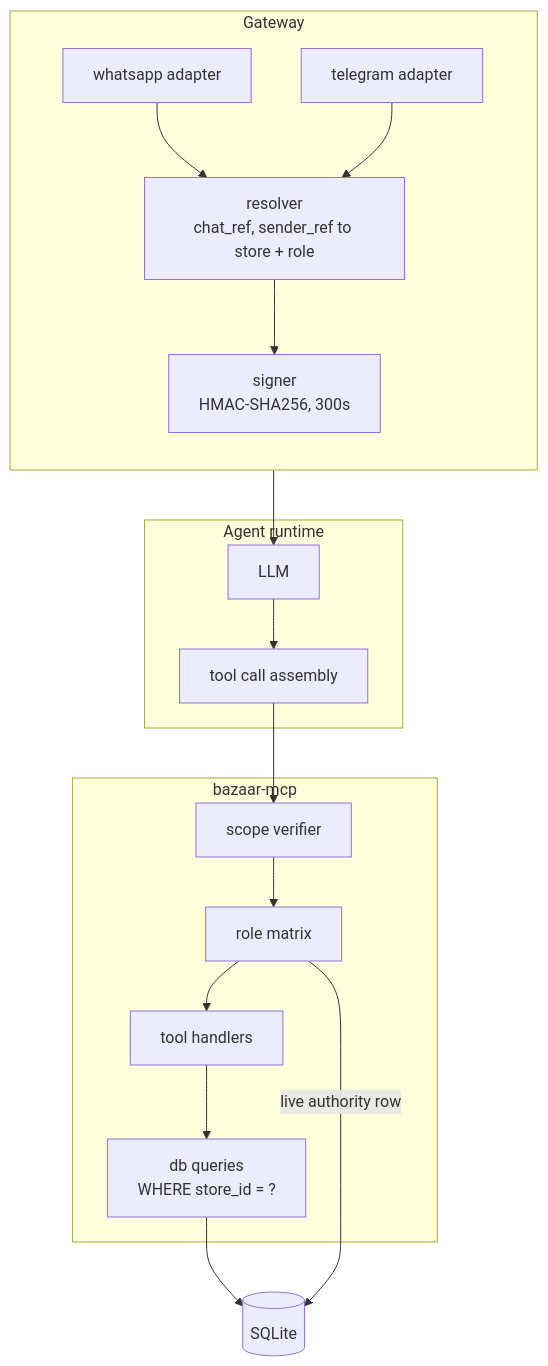
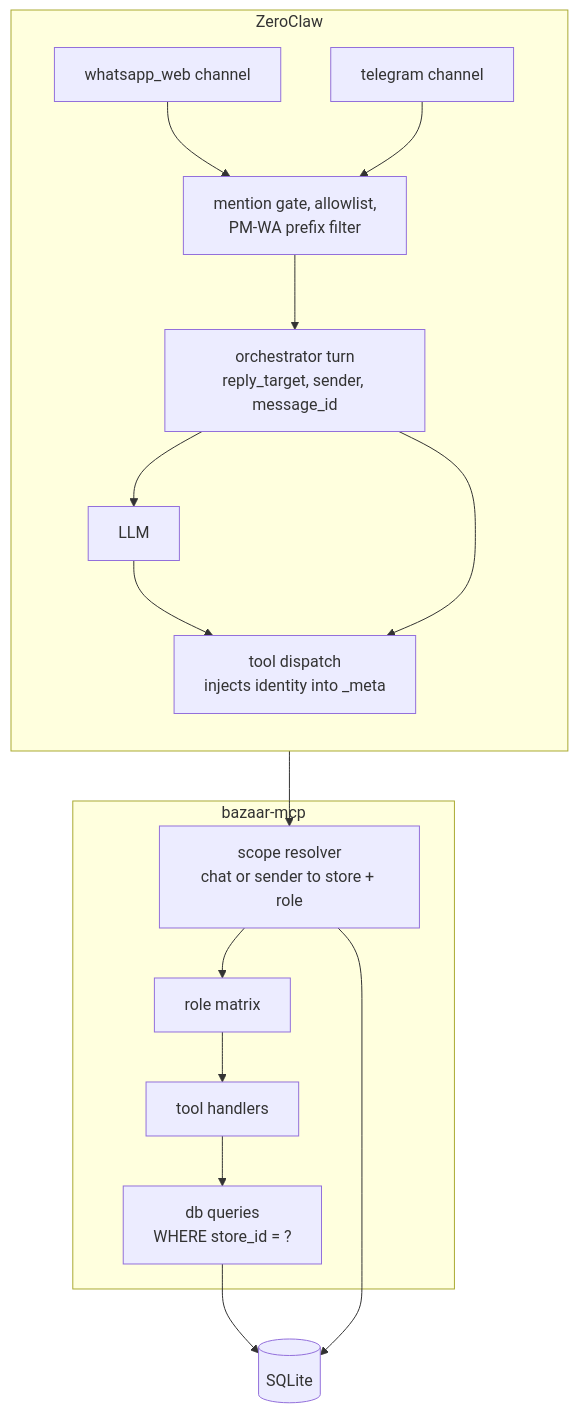
Before and after one commit to danielistyo/mini-bazaar: the second of 3 diagrams in docs/architecture.md, drawn with Mermaid. The commit also changed other lines of this file and 26 other files, not shown here.

````diff
--- a/docs/architecture.md
+++ b/docs/architecture.md
@@ -45,34 +44,32 @@
 ```mermaid
 flowchart TB
-    subgraph gw["Gateway"]
+    subgraph zc["ZeroClaw"]
         direction TB
-        ADW["whatsapp adapter"]
-        ADT["telegram adapter"]
-        RES["resolver<br/>chat_ref, sender_ref to store + role"]
-        SIGN["signer<br/>HMAC-SHA256, 300s"]
-        ADW --> RES
-        ADT --> RES
-        RES --> SIGN
-    end
-
-    subgraph ag["Agent runtime"]
+        ADW["whatsapp_web channel"]
+        ADT["telegram channel"]
+        GATE["mention gate, allowlist,<br/>PM-WA prefix filter"]
+        ORCH["orchestrator turn<br/>reply_target, sender, message_id"]
         LLM["LLM"]
-        TC["tool call assembly"]
-        LLM --> TC
+        DISP["tool dispatch<br/>injects identity into _meta"]
+        ADW --> GATE
+        ADT --> GATE
+        GATE --> ORCH
+        ORCH --> LLM
+        LLM --> DISP
     end
 
     subgraph be["bazaar-mcp"]
-        VER["scope verifier"]
+        RES["scope resolver<br/>chat or sender to store + role"]
         ROL["role matrix"]
         HND["tool handlers"]
         QRY["db queries<br/>WHERE store_id = ?"]
-        VER --> ROL --> HND --> QRY
+        RES --> ROL --> HND --> QRY
     end
 
     DB[("SQLite")]
 
-    SIGN --> LLM
-    TC --> VER
+    ORCH --> DISP
+    DISP --> RES
     QRY --> DB
-    ROL -->|"live authority row"| DB
+    RES --> DB
 ```
````
